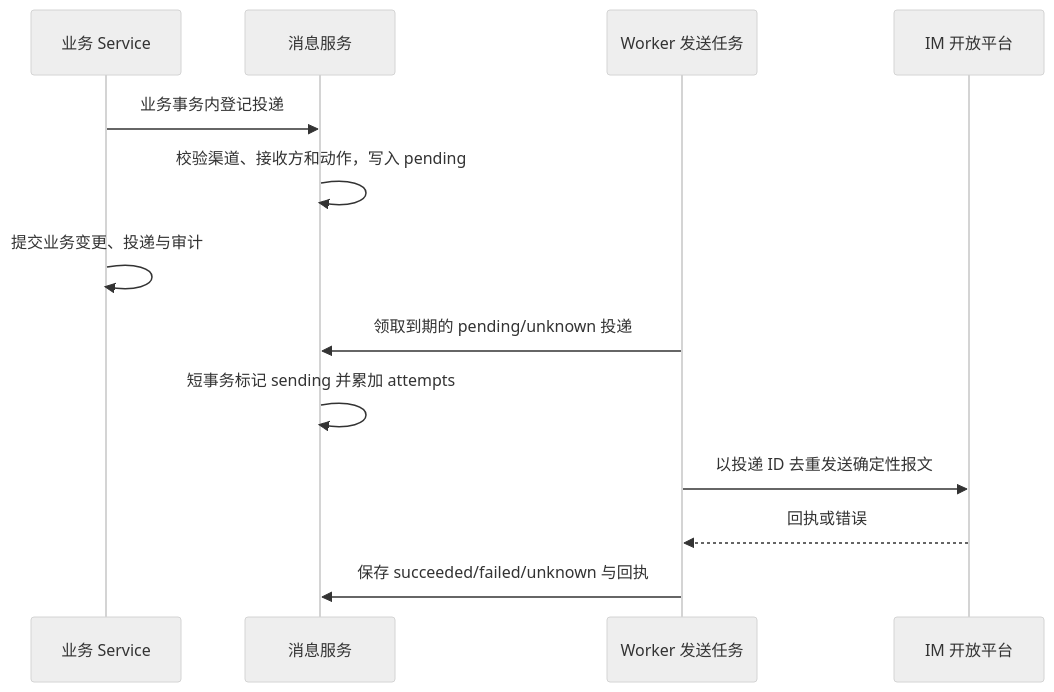
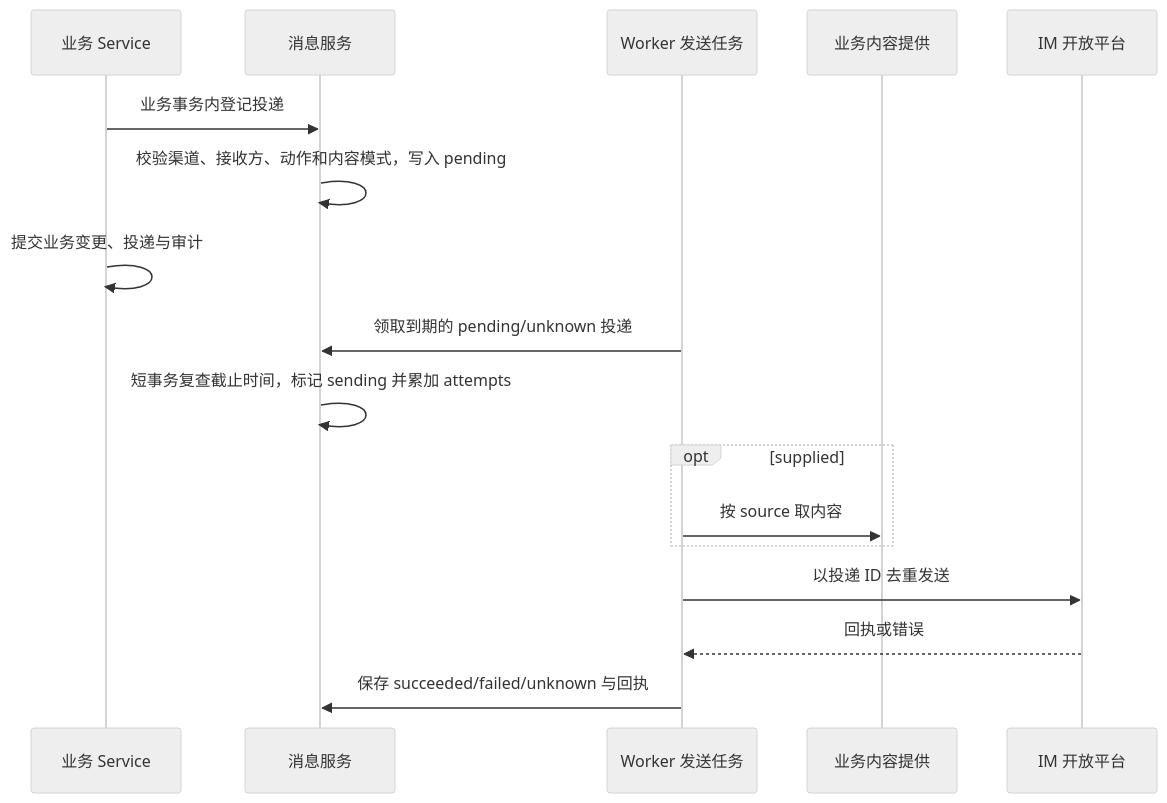
Before and after one commit to pfjhyyj/keystone: the second of 3 diagrams in docs/domains/messaging.md, drawn with Mermaid (neutral theme). The commit also changed other lines of this file, not shown here.

First line of the commit message:
docs(messaging): add inbound commands, delegated identity and supplied content

````diff
--- a/docs/domains/messaging.md
+++ b/docs/domains/messaging.md
@@ -93,15 +121,19 @@
 ```mermaid
 sequenceDiagram
     participant B as 业务 Service
     participant M as 消息服务
     participant W as Worker 发送任务
+    participant S as 业务内容提供
     participant P as IM 开放平台
     B->>M: 业务事务内登记投递
-    M->>M: 校验渠道、接收方和动作，写入 pending
+    M->>M: 校验渠道、接收方、动作和内容模式，写入 pending
     B->>B: 提交业务变更、投递与审计
     W->>M: 领取到期的 pending/unknown 投递
-    M->>M: 短事务标记 sending 并累加 attempts
-    W->>P: 以投递 ID 去重发送确定性报文
+    M->>M: 短事务复查截止时间，标记 sending 并累加 attempts
+    opt supplied
+        W->>S: 按 source 取内容
+    end
+    W->>P: 以投递 ID 去重发送
     P-->>W: 回执或错误
     W->>M: 保存 succeeded/failed/unknown 与回执
 ```
````
